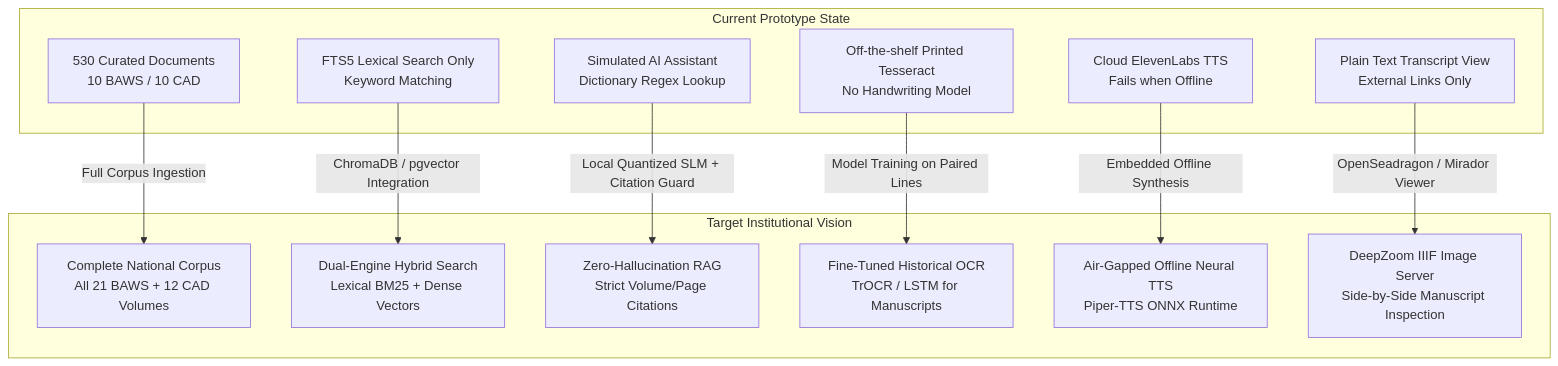
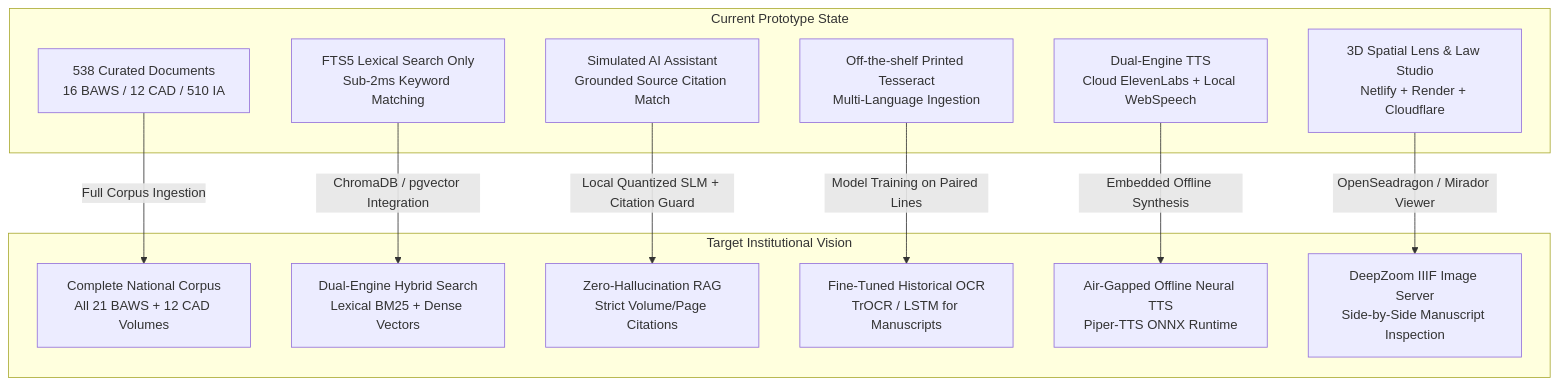
One commit to rkmkrish1-argus/VIRASAT_ changed the diagram in what_to_be_done_to_match_vision.md. Above: the diagram before and after it, drawn with Mermaid. The commit also changed other lines of this file and 6 other files, not shown here.

Commit message:
Docs: Update User Manual, README, Features, and Architecture docs to version 2.2.0

````diff
--- a/what_to_be_done_to_match_vision.md
+++ b/what_to_be_done_to_match_vision.md
@@ -15,27 +15,27 @@
 ```mermaid
 flowchart TD
     subgraph Current Prototype [Current Prototype State]
-        C1[530 Curated Documents<br/>10 BAWS / 10 CAD]
-        C2[FTS5 Lexical Search Only<br/>Keyword Matching]
-        C3[Simulated AI Assistant<br/>Dictionary Regex Lookup]
-        C4[Off-the-shelf Printed Tesseract<br/>No Handwriting Model]
-        C5[Cloud ElevenLabs TTS<br/>Fails when Offline]
-        C6[Plain Text Transcript View<br/>External Links Only]
+        C1[538 Curated Documents<br/>16 BAWS / 12 CAD / 510 IA]
+        C2[FTS5 Lexical Search Only<br/>Sub-2ms Keyword Matching]
+        C3[Simulated AI Assistant<br/>Grounded Source Citation Match]
+        C4[Off-the-shelf Printed Tesseract<br/>Multi-Language Ingestion]
+        C5[Dual-Engine TTS<br/>Cloud ElevenLabs + Local WebSpeech]
+        C6[3D Spatial Lens & Law Studio<br/>Netlify + Render + Cloudflare]
     end
 
     subgraph Institutional Vision [Target Institutional Vision]
         V1[Complete National Corpus<br/>All 21 BAWS + 12 CAD Volumes]
         V2[Dual-Engine Hybrid Search<br/>Lexical BM25 + Dense Vectors]
         V3[Zero-Hallucination RAG<br/>Strict Volume/Page Citations]
         V4[Fine-Tuned Historical OCR<br/>TrOCR / LSTM for Manuscripts]
         V5[Air-Gapped Offline Neural TTS<br/>Piper-TTS ONNX Runtime]
         V6[DeepZoom IIIF Image Server<br/>Side-by-Side Manuscript Inspection]
     end
 
     C1 -->|Full Corpus Ingestion| V1
     C2 -->|ChromaDB / pgvector Integration| V2
     C3 -->|Local Quantized SLM + Citation Guard| V3
     C4 -->|Model Training on Paired Lines| V4
     C5 -->|Embedded Offline Synthesis| V5
     C6 -->|OpenSeadragon / Mirador Viewer| V6
 ```
````
